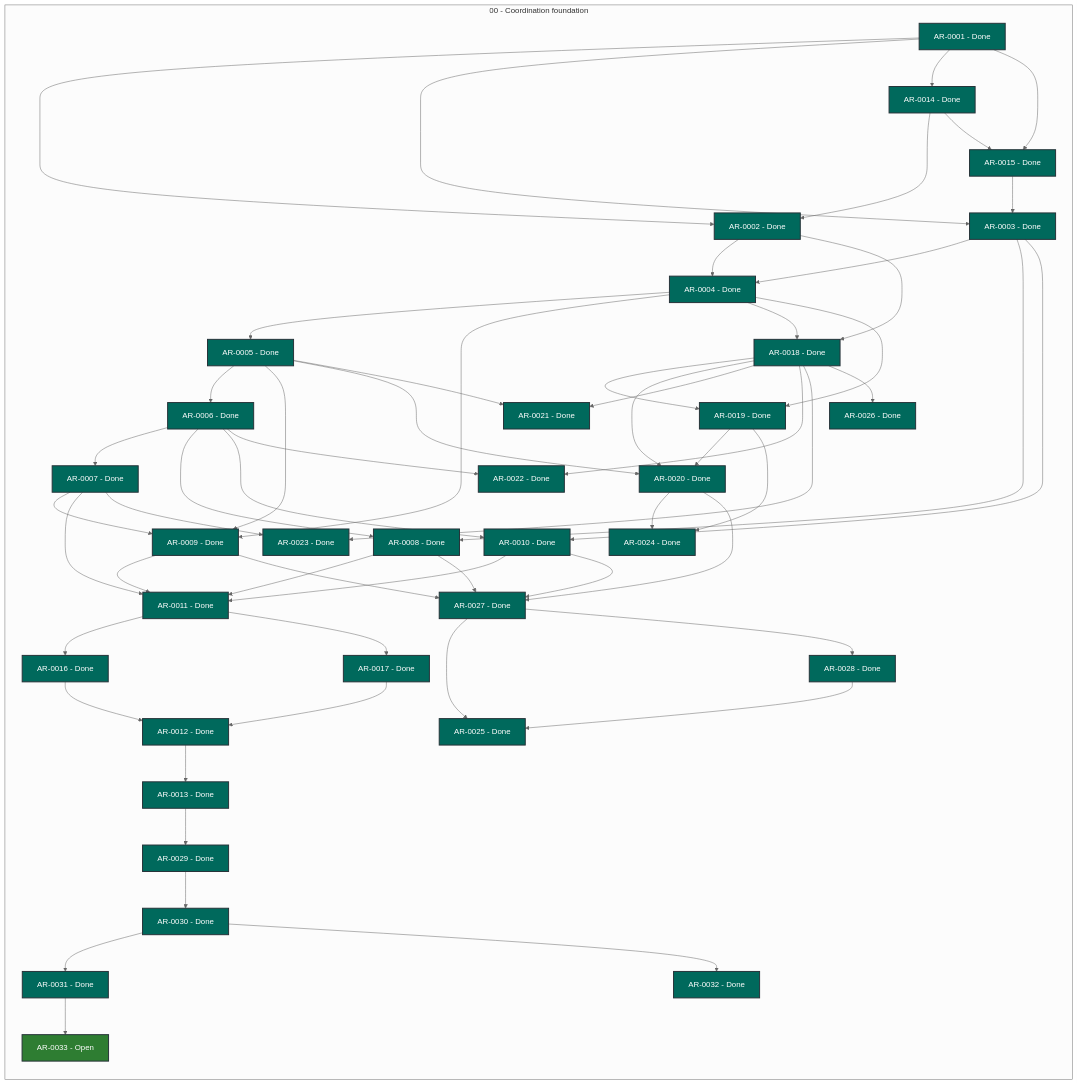
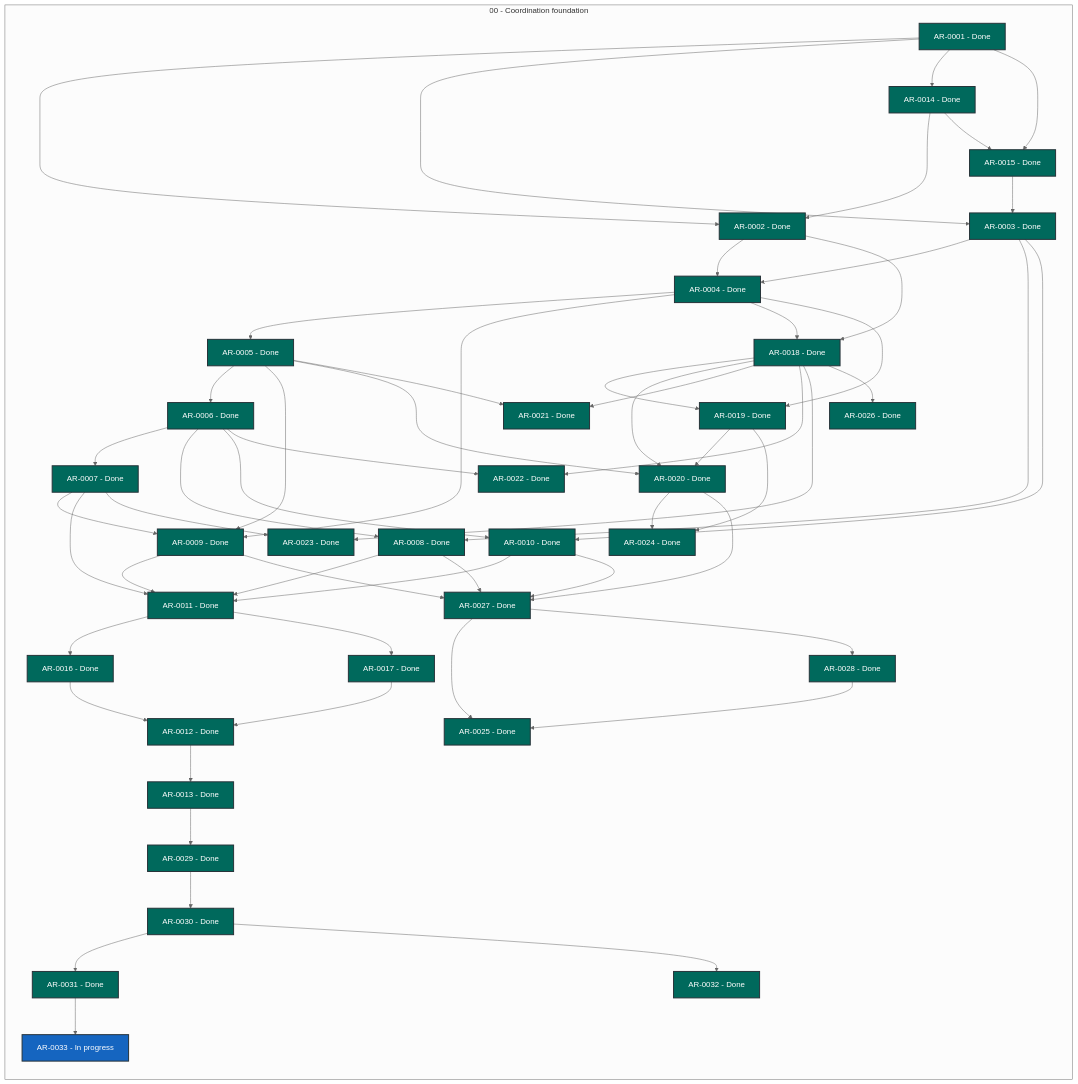
One commit to martin-beck/agent-workflow-tui-state changed the diagram in STATUS.md. Above: the diagram before and after it, drawn with Mermaid (neutral theme). The commit also changed other lines of this file and 2 other files, not shown here.

```diff
--- a/STATUS.md
+++ b/STATUS.md
@@ -60,7 +60,7 @@
         AR_0030["AR-0030 - Done"]:::status_done
         AR_0031["AR-0031 - Done"]:::status_done
         AR_0032["AR-0032 - Done"]:::status_done
-        AR_0033["AR-0033 - Open"]:::status_open
+        AR_0033["AR-0033 - In progress"]:::status_in_progress
     end
     AR_0001 --> AR_0002
     AR_0001 --> AR_0003
```
